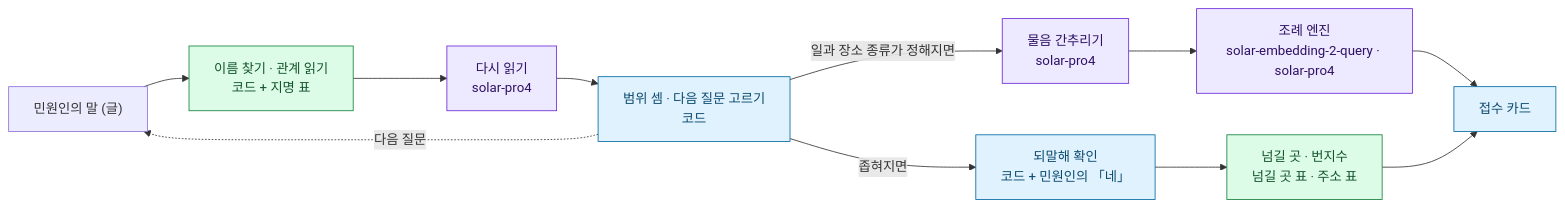
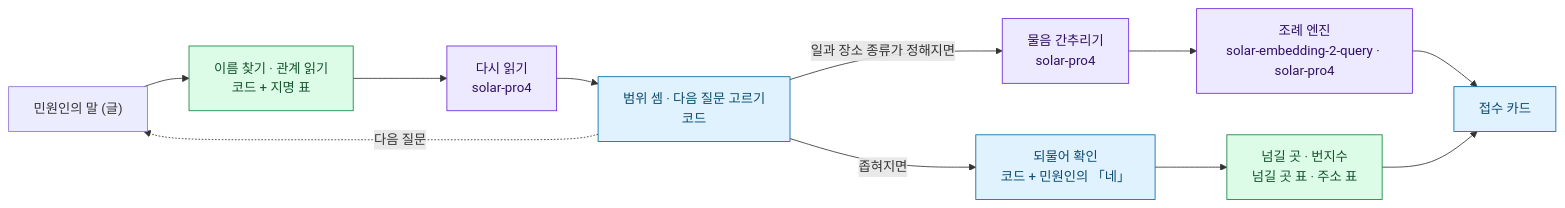
One commit to team-gg-aibc/aibc2026-gg changed the diagram in README.md. Above: the diagram before and after it, drawn with Mermaid. The commit also changed other lines of this file and 3 other files, not shown here.

````diff
--- a/README.md
+++ b/README.md
@@ -92,20 +95,20 @@
 ```mermaid
 flowchart LR
   Say["민원인의 말 (글)"] --> Find["이름 찾기 · 관계 읽기<br>코드 + 지명 표"]
   Find --> Read["다시 읽기<br>solar-pro4"]
   Read --> Narrow["범위 셈 · 다음 질문 고르기<br>코드"]
   Narrow -.->|다음 질문| Say
-  Narrow -->|좁혀지면| Confirm["되말해 확인<br>코드 + 민원인의 「네」"]
+  Narrow -->|좁혀지면| Confirm["되물어 확인<br>코드 + 민원인의 「네」"]
   Confirm --> Route["넘길 곳 · 번지수<br>넘길 곳 표 · 주소 표"]
   Narrow -->|일과 장소 종류가 정해지면| Ask["물음 간추리기<br>solar-pro4"]
   Ask --> Engine["조례 엔진<br>solar-embedding-2-query · solar-pro4"]
   Engine --> Card["접수 카드"]
   Route --> Card
 
   classDef model fill:#ede9fe,stroke:#6d28d9,color:#2e1065
   classDef code fill:#e0f2fe,stroke:#0369a1,color:#0c4a6e
   classDef data fill:#dcfce7,stroke:#15803d,color:#14532d
   class Read,Ask,Engine model
   class Narrow,Confirm,Card code
   class Find,Route data
 ```
````
